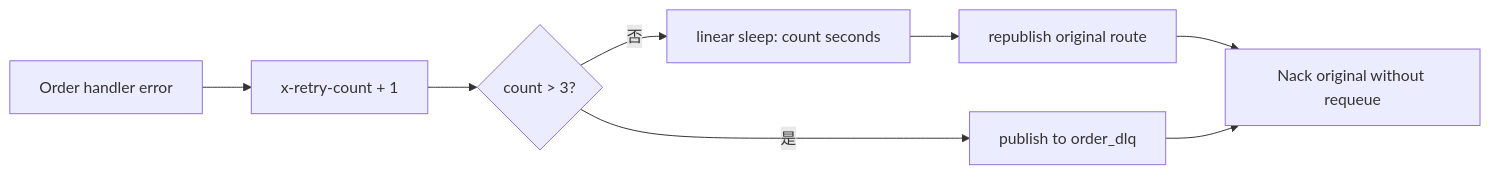
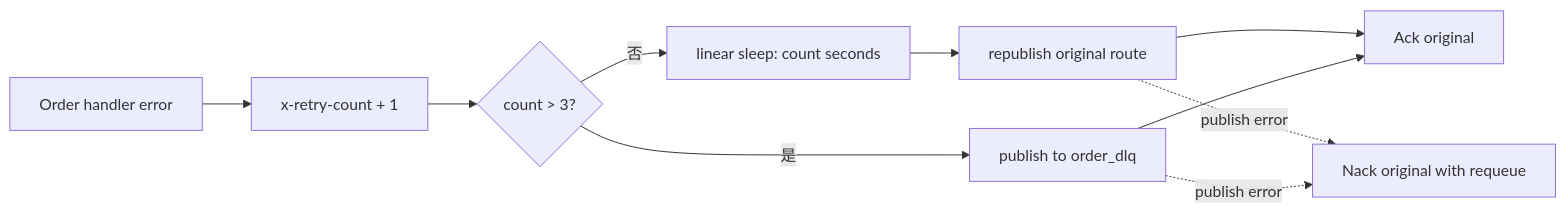
Before and after one commit to jiahuipaung/gorder: the second of 2 diagrams in docs/architecture/reliability.md, drawn with Mermaid. The commit also changed other lines of this file and 8 other files, not shown here.

````diff
--- a/docs/architecture/reliability.md
+++ b/docs/architecture/reliability.md
@@ -112,10 +118,12 @@
 ```mermaid
 flowchart LR
     Error[Order handler error] --> Count[x-retry-count + 1]
     Count --> Limit{count > 3?}
     Limit -- 否 --> Sleep[linear sleep: count seconds]
     Sleep --> Republish[republish original route]
     Limit -- 是 --> DLQ[publish to order_dlq]
-    Republish --> Nack[Nack original without requeue]
-    DLQ --> Nack
+    Republish --> Ack[Ack original]
+    DLQ --> Ack
+    Republish -. publish error .-> Requeue[Nack original with requeue]
+    DLQ -. publish error .-> Requeue
 ```
````
